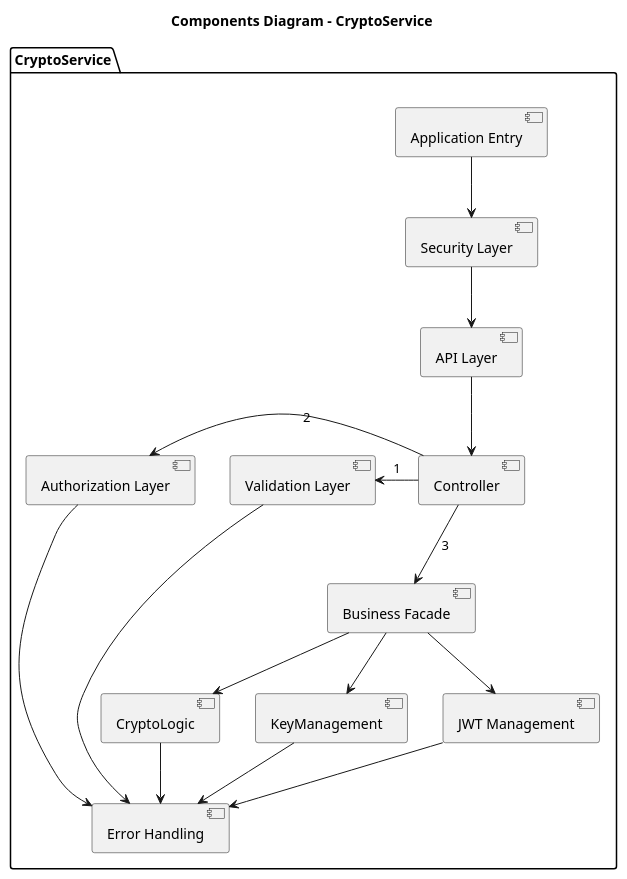
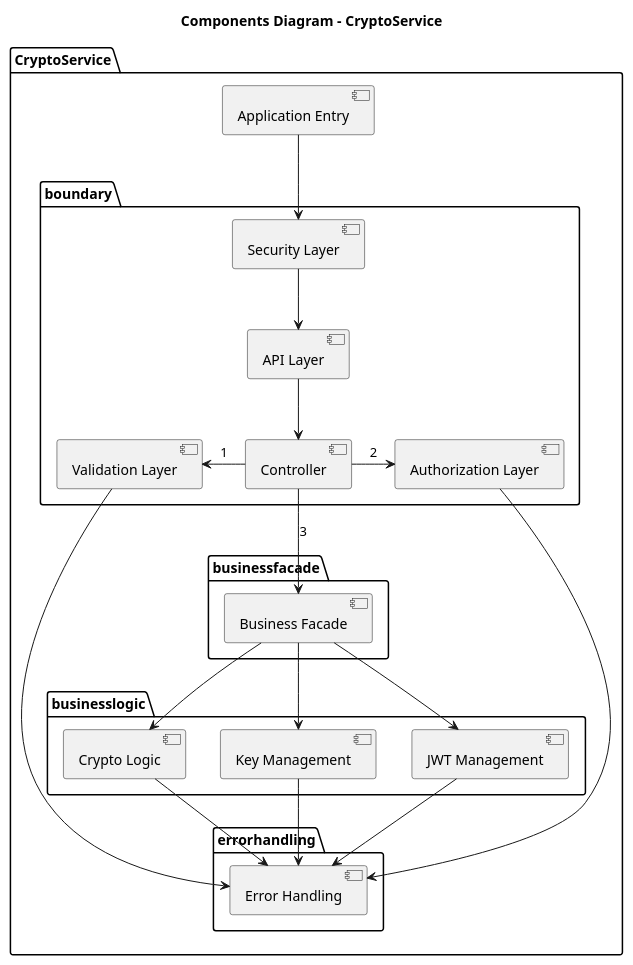
The diagram in documentation/cryptoservice/uml/components-diagramm/components-diagramm.puml (Marcey1611/Crypto-Microservice), drawn with PlantUML before and after one commit. The commit also changed 11 other files, not shown here.

```diff
--- a/documentation/cryptoservice/uml/components-diagramm/components-diagramm.puml
+++ b/documentation/cryptoservice/uml/components-diagramm/components-diagramm.puml
@@ -1,33 +1,40 @@
 @startuml
 
 title Components Diagram - CryptoService
 
 package "CryptoService" {
     [Application Entry] as Entry
-    [Security Layer] as Security
-    [API Layer] as API
-    [Controller] as Controller
-    [Validation Layer] as Validation
-    [Authorization Layer] as Authorization
-    [Business Facade] as BusinessFacade
-    [KeyManagement] as KeyMgmt
-    [JWT Management] as JwtMgmt
-    [CryptoLogic] as Crypto
-    [Error Handling] as Error
-
+    package boundary {
+        [Security Layer] as Security
+        [API Layer] as API
+        [Controller] as Controller
+        [Validation Layer] as Validation
+        [Authorization Layer] as Authorization
+    }
+    package businessfacade {
+        [Business Facade] as BusinessFacade
+    }
+    package businesslogic {
+        [Key Management] as KeyMgmt
+        [JWT Management] as JwtMgmt
+        [Crypto Logic] as Crypto
+    }
+    package errorhandling {
+        [Error Handling] as Error
+    }
     Entry --> Security
     Security --> API
     API --> Controller
     Controller -left-> Validation : 1
     Validation --> Error
     Controller -left-> Authorization : 2
     Authorization --> Error
     Controller -down-> BusinessFacade : 3
     BusinessFacade --> KeyMgmt
     BusinessFacade --> JwtMgmt
     BusinessFacade --> Crypto
     KeyMgmt --> Error
     JwtMgmt --> Error
     Crypto --> Error
 }
 @enduml
```
